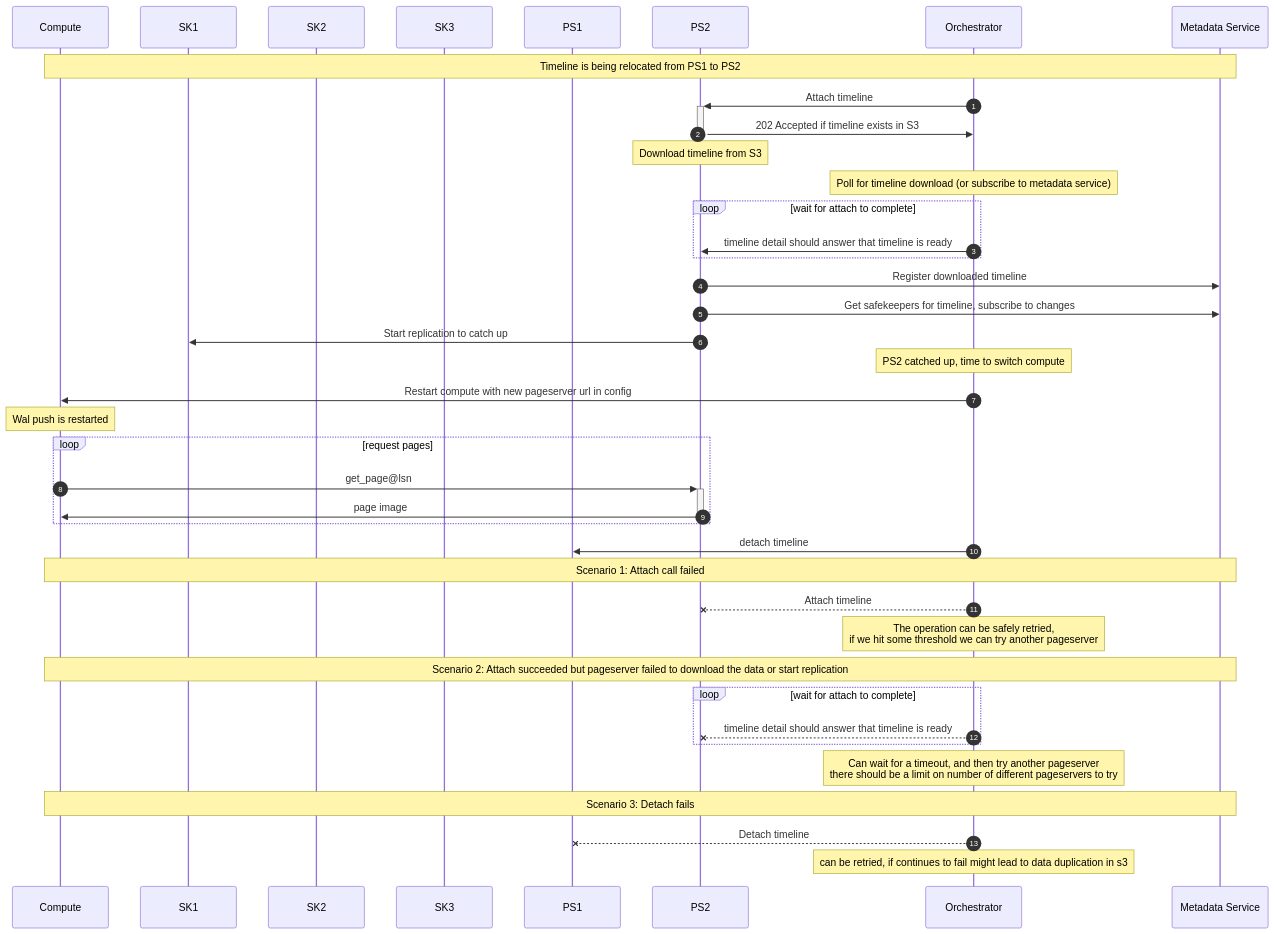
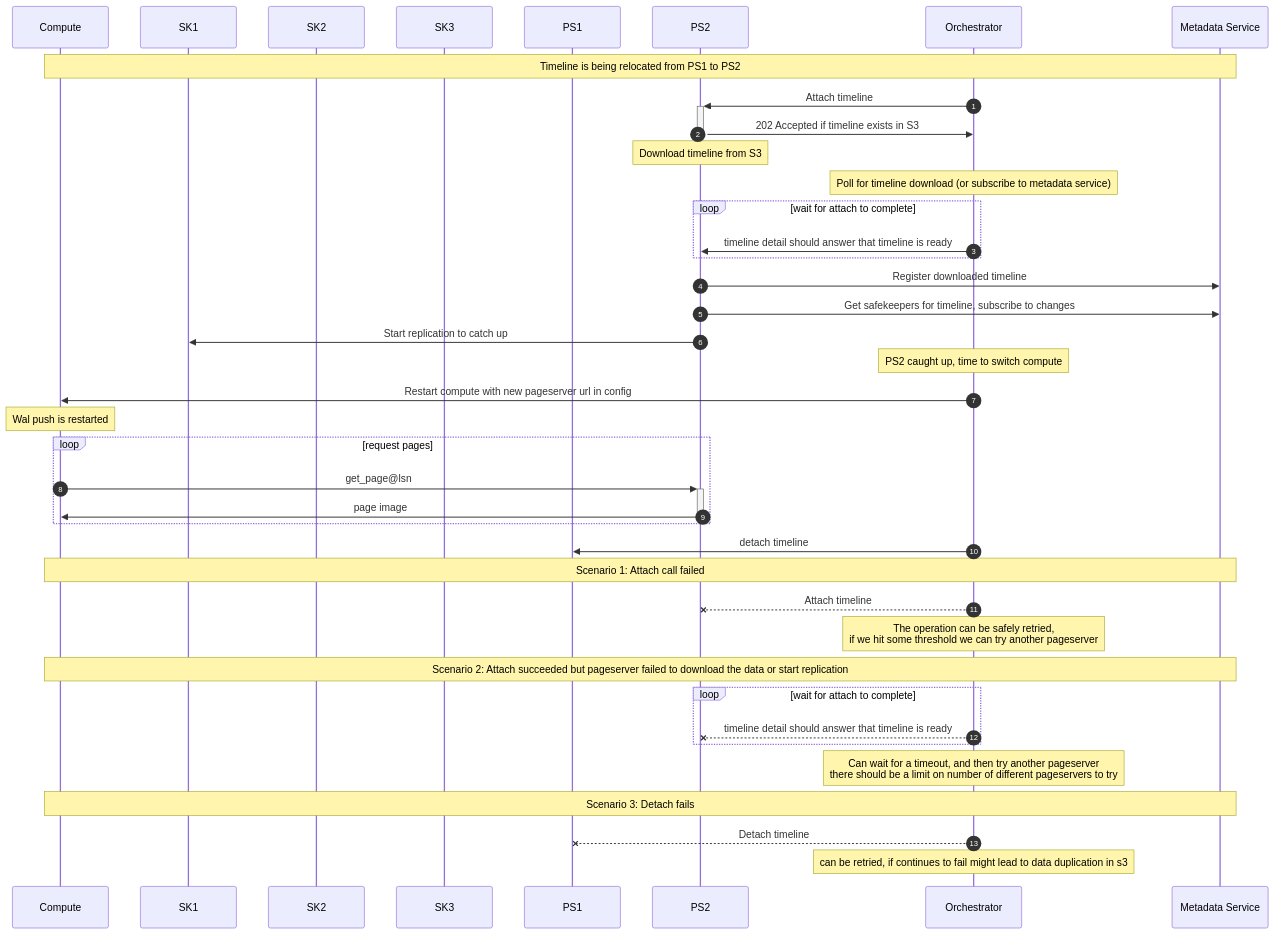
Before and after one commit to neondatabase/neon: the third of 3 diagrams in docs/rfcs/015-storage-messaging.md, drawn with Mermaid. The commit also changed other lines of this file and 57 other files, not shown here.

````diff
--- a/docs/rfcs/015-storage-messaging.md
+++ b/docs/rfcs/015-storage-messaging.md
@@ -230,43 +230,43 @@
 ```mermaid
 sequenceDiagram
     autonumber
     participant C as Compute
     participant SK1
     participant SK2
     participant SK3
     participant PS1
     participant PS2
     participant O as Orchestrator
     participant M as Metadata Service
 
     note over C,M: Timeline is being relocated from PS1 to PS2
     O->>+PS2: Attach timeline
     PS2->>-O: 202 Accepted if timeline exists in S3
     note over PS2: Download timeline from S3
      note over O: Poll for timeline download (or subscribe to metadata service)
     loop wait for attach to complete
         O->>PS2: timeline detail should answer that timeline is ready
     end
     PS2->>M: Register downloaded timeline
     PS2->>M: Get safekeepers for timeline, subscribe to changes
     PS2->>SK1: Start replication to catch up
-    note over O: PS2 catched up, time to switch compute
+    note over O: PS2 caught up, time to switch compute
     O->>C: Restart compute with new pageserver url in config
     note over C: Wal push is restarted
     loop request pages
         C->>+PS2: get_page@lsn
         PS2->>-C: page image
     end
     O->>PS1: detach timeline
     note over C,M: Scenario 1: Attach call failed
     O--xPS2: Attach timeline
     note over O: The operation can be safely retried, <br> if we hit some threshold we can try another pageserver
     note over C,M: Scenario 2: Attach succeeded but pageserver failed to download the data or start replication
     loop wait for attach to complete
         O--xPS2: timeline detail should answer that timeline is ready
     end
     note over O: Can wait for a timeout, and then try another pageserver <br> there should be a limit on number of different pageservers to try
     note over C,M: Scenario 3: Detach fails
     O--xPS1: Detach timeline
     note over O: can be retried, if continues to fail might lead to data duplication in s3
 ```
````
